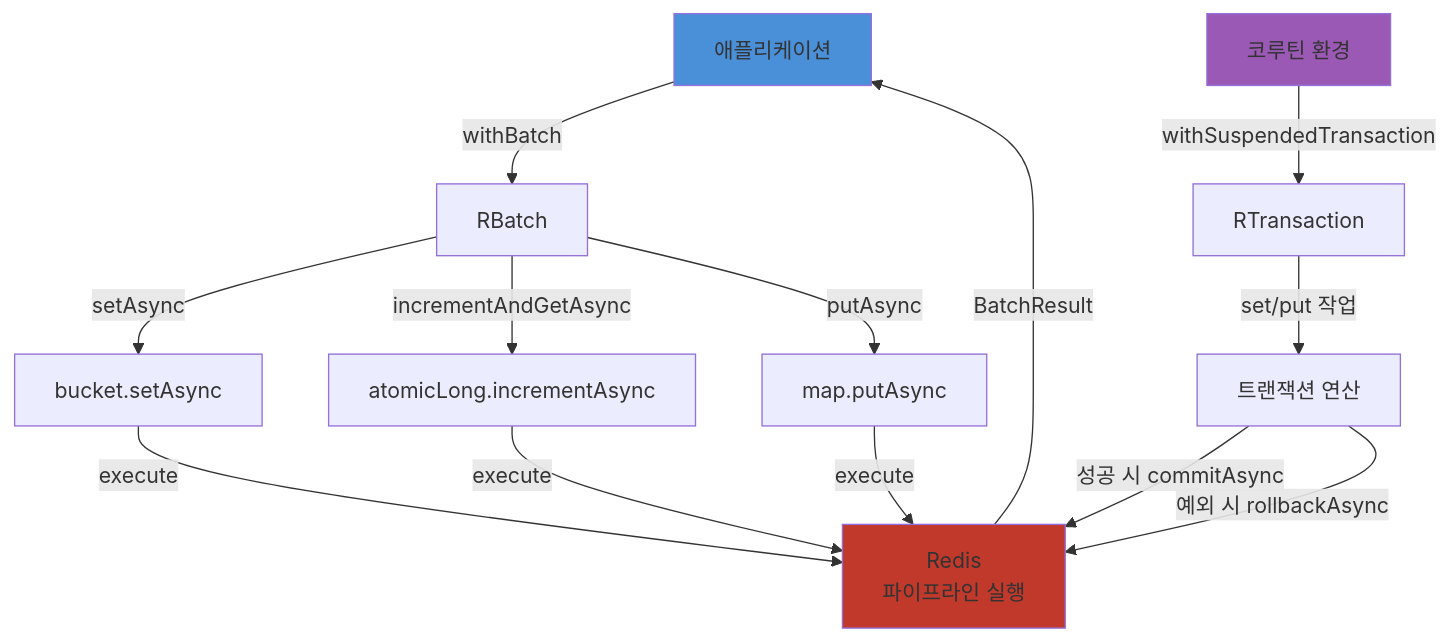
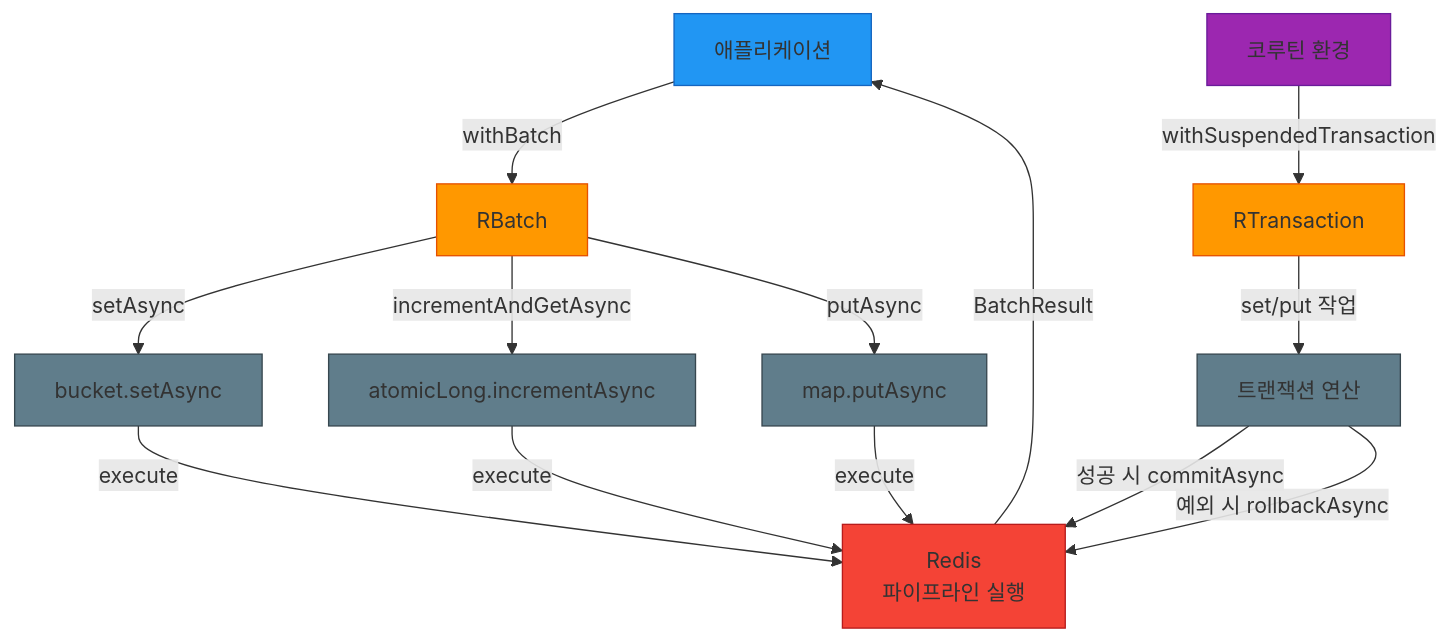
One commit to bluetape4k/bluetape4k-projects changed the fourth of 4 diagrams in infra/redisson/README.md. Above: the diagram before and after it, drawn with Mermaid. The commit also changed 28 other files, not shown here.

First line of the commit message:
docs: 전체 모듈 README 색상 Mermaid UML 다이어그램 추가 완료

````diff
--- a/infra/redisson/README.md
+++ b/infra/redisson/README.md
@@ -415,18 +415,24 @@
 ```mermaid
 flowchart TD
     App[애플리케이션] -->|withBatch| Batch[RBatch]
     Batch -->|setAsync| Op1[bucket.setAsync]
     Batch -->|incrementAndGetAsync| Op2[atomicLong.incrementAsync]
     Batch -->|putAsync| Op3[map.putAsync]
     Op1 & Op2 & Op3 -->|execute| Redis[Redis<br/>파이프라인 실행]
     Redis -->|BatchResult| App
 
     App2[코루틴 환경] -->|withSuspendedTransaction| Tx[RTransaction]
     Tx -->|set/put 작업| TxOps[트랜잭션 연산]
     TxOps -->|성공 시 commitAsync| Redis
     TxOps -->|예외 시 rollbackAsync| Redis
 
-    style App fill:#4a90d9
-    style App2 fill:#9b59b6
-    style Redis fill:#c0392b
+    style App fill:#2196F3,stroke:#1565C0
+    style App2 fill:#9C27B0,stroke:#6A1B9A
+    style Redis fill:#F44336,stroke:#B71C1C
+    style Batch fill:#FF9800,stroke:#E65100
+    style Tx fill:#FF9800,stroke:#E65100
+    style Op1 fill:#607D8B,stroke:#37474F
+    style Op2 fill:#607D8B,stroke:#37474F
+    style Op3 fill:#607D8B,stroke:#37474F
+    style TxOps fill:#607D8B,stroke:#37474F
 ```
````
